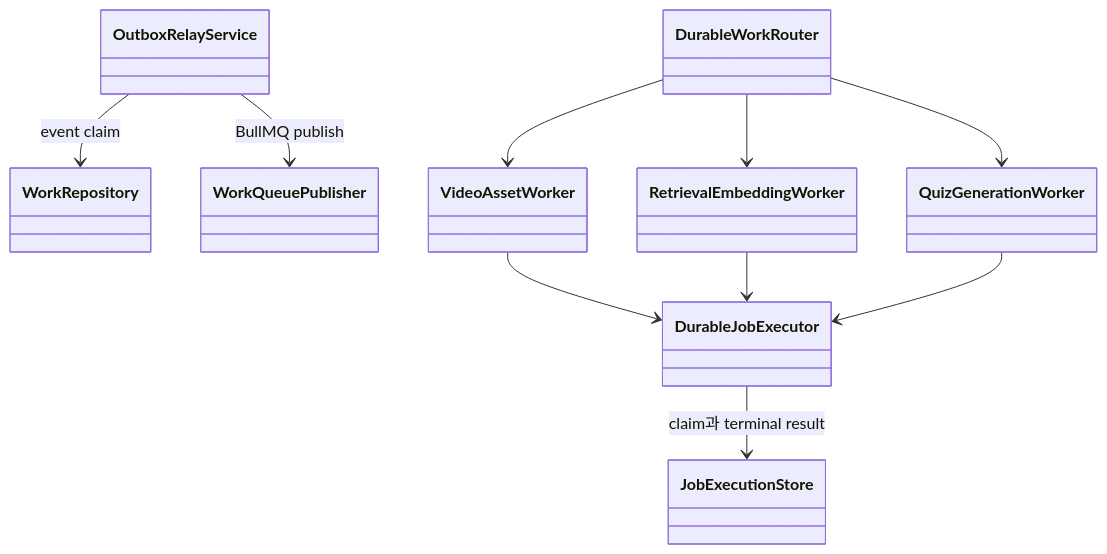
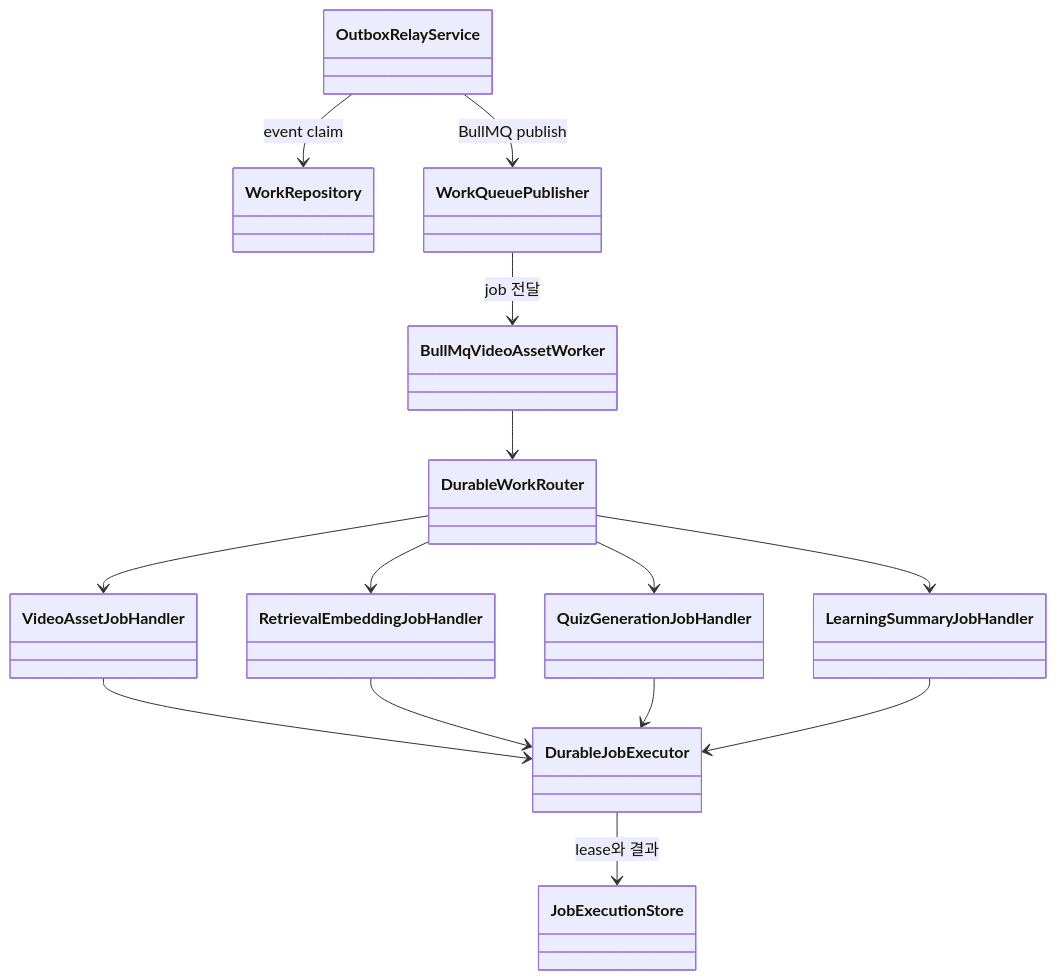
Before and after one commit to NearthYou/Studytube: the sixth of 8 diagrams in docs/architecture.md, drawn with Mermaid. The commit also changed other lines of this file and 7 other files, not shown here.

````diff
--- a/docs/architecture.md
+++ b/docs/architecture.md
@@ -73,22 +142,28 @@
 ```mermaid
 classDiagram
   class OutboxRelayService
   class WorkRepository
   class WorkQueuePublisher
+  class DurableWorkRouter
   class DurableJobExecutor
   class JobExecutionStore
-  class DurableWorkRouter
-  class VideoAssetWorker
-  class RetrievalEmbeddingWorker
-  class QuizGenerationWorker
+  class BullMqVideoAssetWorker
+  class VideoAssetJobHandler
+  class RetrievalEmbeddingJobHandler
+  class QuizGenerationJobHandler
+  class LearningSummaryJobHandler
 
   OutboxRelayService --> WorkRepository : event claim
   OutboxRelayService --> WorkQueuePublisher : BullMQ publish
-  VideoAssetWorker --> DurableJobExecutor
-  RetrievalEmbeddingWorker --> DurableJobExecutor
-  QuizGenerationWorker --> DurableJobExecutor
-  DurableJobExecutor --> JobExecutionStore : claim과 terminal result
-  DurableWorkRouter --> VideoAssetWorker
-  DurableWorkRouter --> RetrievalEmbeddingWorker
-  DurableWorkRouter --> QuizGenerationWorker
+  WorkQueuePublisher --> BullMqVideoAssetWorker : job 전달
+  BullMqVideoAssetWorker --> DurableWorkRouter
+  DurableWorkRouter --> VideoAssetJobHandler
+  DurableWorkRouter --> RetrievalEmbeddingJobHandler
+  DurableWorkRouter --> QuizGenerationJobHandler
+  DurableWorkRouter --> LearningSummaryJobHandler
+  VideoAssetJobHandler --> DurableJobExecutor
+  RetrievalEmbeddingJobHandler --> DurableJobExecutor
+  QuizGenerationJobHandler --> DurableJobExecutor
+  LearningSummaryJobHandler --> DurableJobExecutor
+  DurableJobExecutor --> JobExecutionStore : lease와 결과
 ```
````
